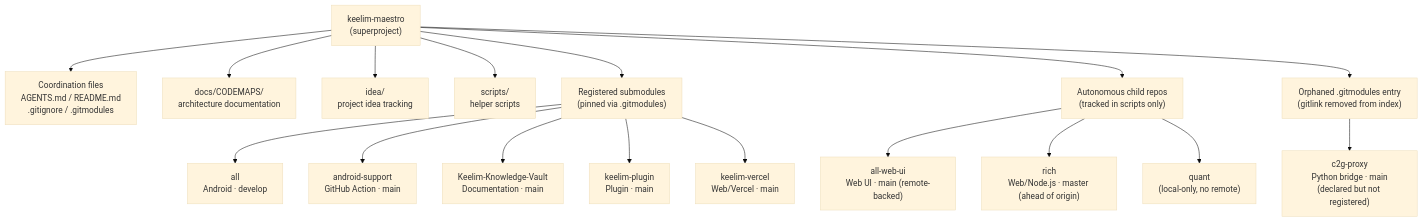
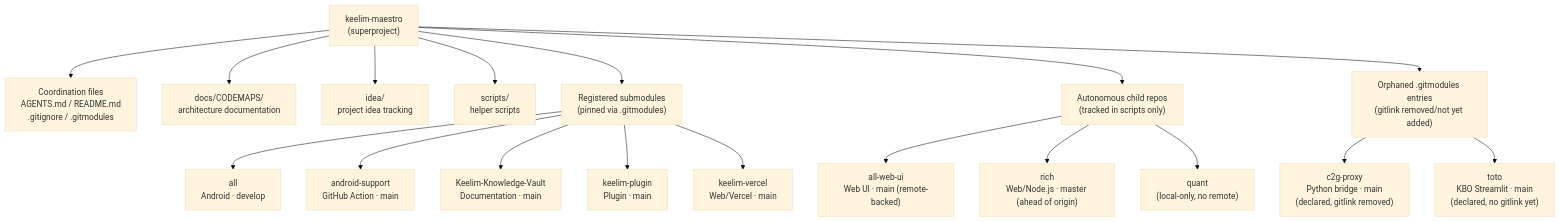
The diagram in docs/CODEMAPS/WORKSPACE.md (keelim/keelim-maestro), drawn with Mermaid (base theme) before and after one commit. The commit also changed other lines of this file and 7 other files, not shown here.

````diff
--- a/docs/CODEMAPS/WORKSPACE.md
+++ b/docs/CODEMAPS/WORKSPACE.md
@@ -12,25 +12,26 @@
 ```mermaid
 flowchart TB
     root["keelim-maestro\n(superproject)"]
 
     root --> coord["Coordination files\nAGENTS.md / README.md\n.gitignore / .gitmodules"]
     root --> docs["docs/CODEMAPS/\narchitecture documentation"]
     root --> idea["idea/\nproject idea tracking"]
     root --> scripts["scripts/\nhelper scripts"]
     root --> submodules["Registered submodules\n(pinned via .gitmodules)"]
     root --> autonomous["Autonomous child repos\n(tracked in scripts only)"]
 
     submodules --> all["all\nAndroid · develop"]
     submodules --> android["android-support\nGitHub Action · main"]
     submodules --> vault["Keelim-Knowledge-Vault\nDocumentation · main"]
     submodules --> plugin["keelim-plugin\nPlugin · main"]
     submodules --> vercel["keelim-vercel\nWeb/Vercel · main"]
 
-    orphaned["Orphaned .gitmodules entry\n(gitlink removed from index)"]
+    orphaned["Orphaned .gitmodules entries\n(gitlink removed/not yet added)"]
     root --> orphaned
-    orphaned --> c2g["c2g-proxy\nPython bridge · main\n(declared but not registered)"]
+    orphaned --> c2g["c2g-proxy\nPython bridge · main\n(declared, gitlink removed)"]
+    orphaned --> toto["toto\nKBO Streamlit · main\n(declared, no gitlink yet)"]
 
     autonomous --> webui["all-web-ui\nWeb UI · main (remote-backed)"]
     autonomous --> rich["rich\nWeb/Node.js · master (ahead of origin)"]
     autonomous --> quant["quant\n(local-only, no remote)"]
 ```
````
